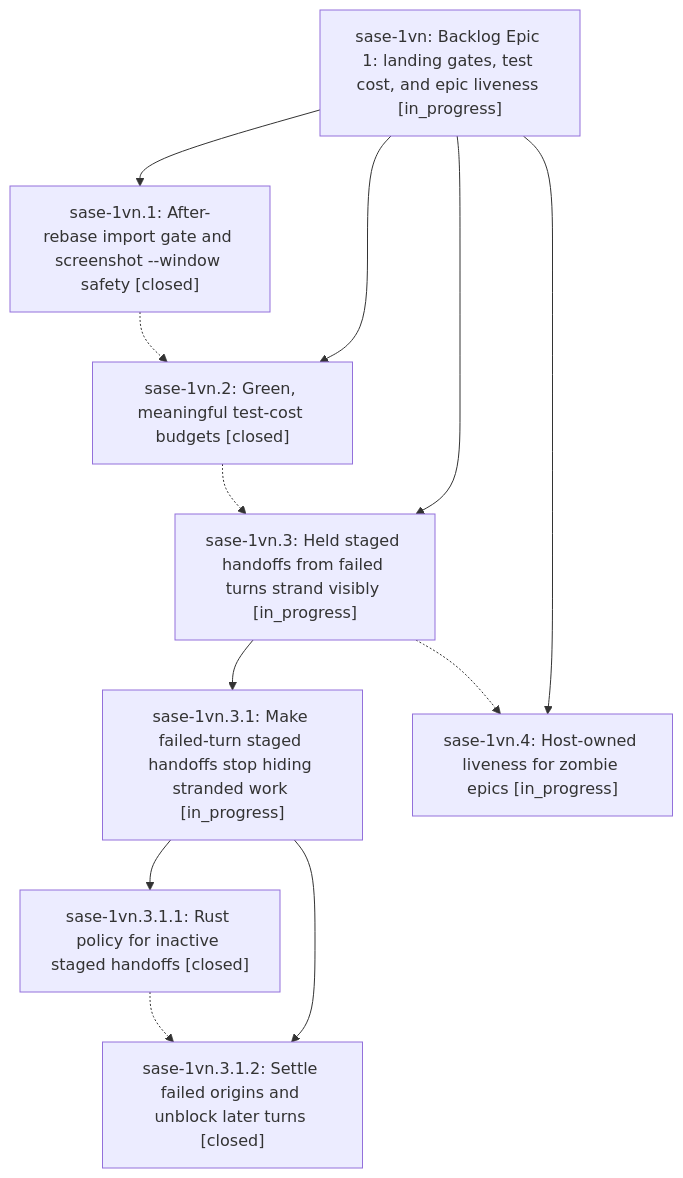
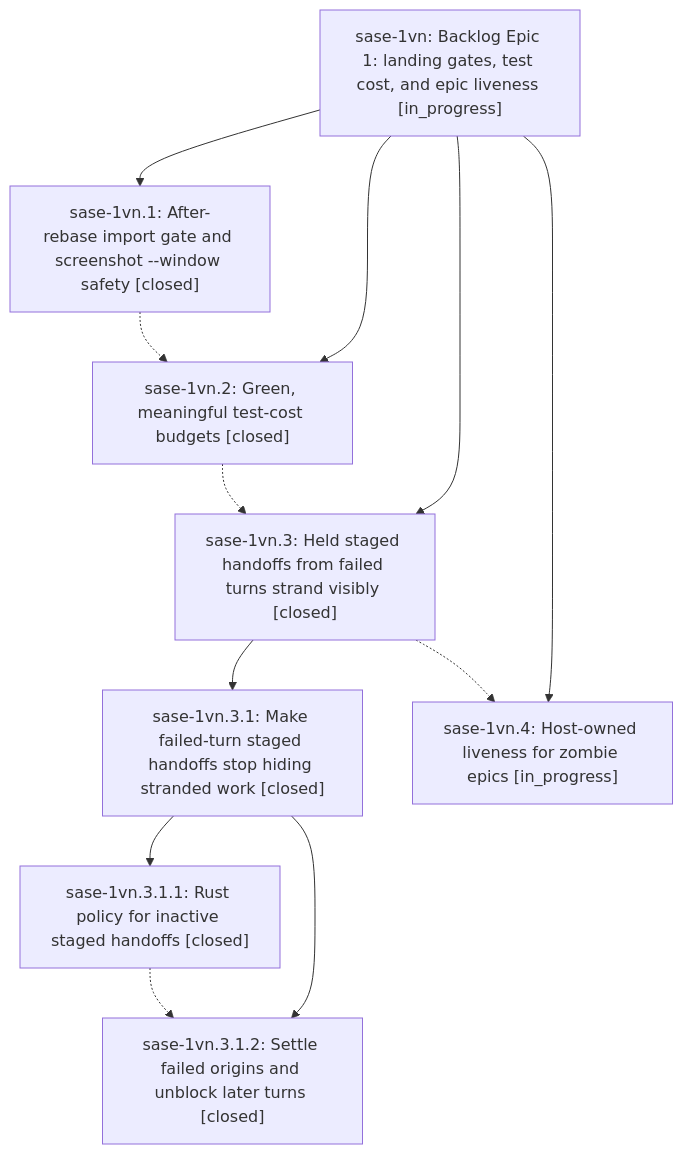
The diagram in pages/sase-1vn/README.md (sase-org/sase--beads), drawn with Mermaid before and after one commit. The commit also changed other lines of this file and 6 other files, not shown here.

````diff
--- a/pages/sase-1vn/README.md
+++ b/pages/sase-1vn/README.md
@@ -41,22 +41,22 @@
 ```mermaid
 flowchart TD
     n0["sase-1vn: Backlog Epic 1: landing gates, test cost, and epic liveness [in_progress]"]
     n1["sase-1vn.1: After-rebase import gate and screenshot --window safety [closed]"]
     n2["sase-1vn.2: Green, meaningful test-cost budgets [closed]"]
-    n3["sase-1vn.3: Held staged handoffs from failed turns strand visibly [in_progress]"]
-    n4["sase-1vn.3.1: Make failed-turn staged handoffs stop hiding stranded work [in_progress]"]
+    n3["sase-1vn.3: Held staged handoffs from failed turns strand visibly [closed]"]
+    n4["sase-1vn.3.1: Make failed-turn staged handoffs stop hiding stranded work [closed]"]
     n5["sase-1vn.3.1.1: Rust policy for inactive staged handoffs [closed]"]
     n6["sase-1vn.3.1.2: Settle failed origins and unblock later turns [closed]"]
     n7["sase-1vn.4: Host-owned liveness for zombie epics [in_progress]"]
     n0 --> n1
     n0 --> n2
     n0 --> n3
     n3 --> n4
     n4 --> n5
     n4 --> n6
     n0 --> n7
     n1 -.-> n2
     n2 -.-> n3
     n3 -.-> n7
     n5 -.-> n6
 ```
````
